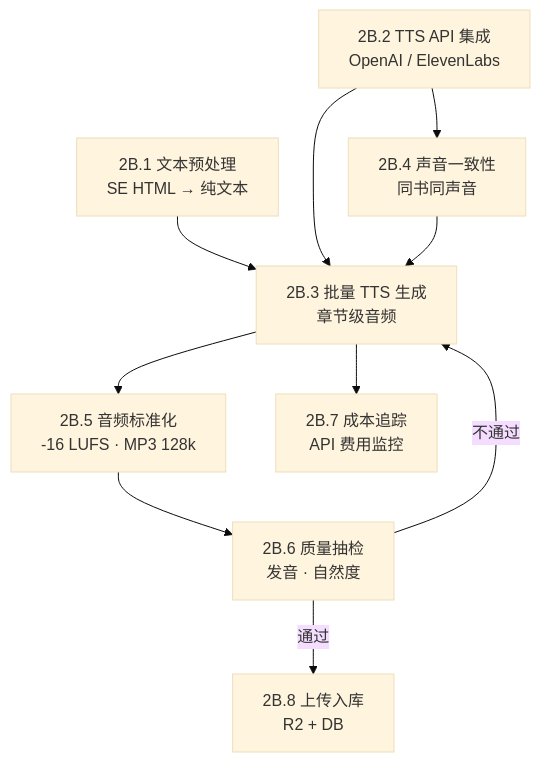
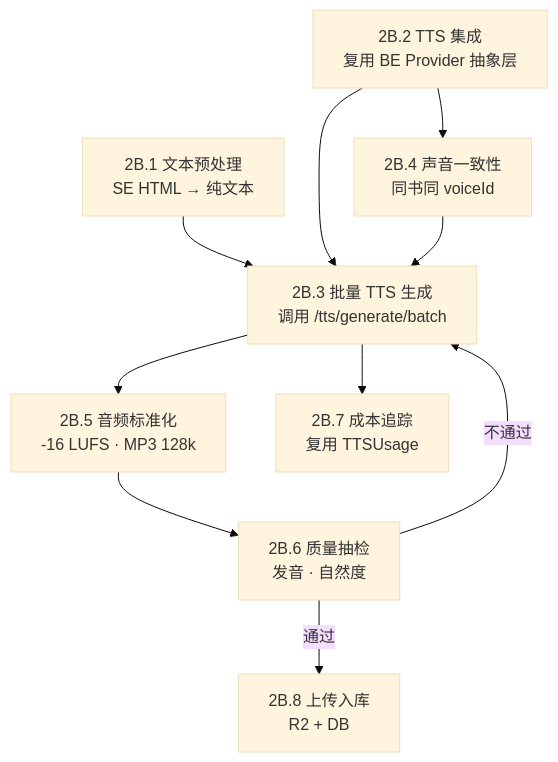
One commit to readmigo/docs changed the third of 5 diagrams in plans/2026-02-08-audio-lab-task-orchestration.md. Above: the diagram before and after it, drawn with Mermaid (base theme). The commit also changed other lines of this file and 7 other files, not shown here.

````diff
--- a/plans/2026-02-08-audio-lab-task-orchestration.md
+++ b/plans/2026-02-08-audio-lab-task-orchestration.md
@@ -226,21 +335,21 @@
 ```mermaid
 flowchart TD
     B1["2B.1 文本预处理<br>SE HTML → 纯文本"]
-    B2["2B.2 TTS API 集成<br>OpenAI / ElevenLabs"]
-    B3["2B.3 批量 TTS 生成<br>章节级音频"]
-    B4["2B.4 声音一致性<br>同书同声音"]
+    B2["2B.2 TTS 集成<br>复用 BE Provider 抽象层"]
+    B3["2B.3 批量 TTS 生成<br>调用 /tts/generate/batch"]
+    B4["2B.4 声音一致性<br>同书同 voiceId"]
     B5["2B.5 音频标准化<br>-16 LUFS · MP3 128k"]
     B6["2B.6 质量抽检<br>发音 · 自然度"]
-    B7["2B.7 成本追踪<br>API 费用监控"]
+    B7["2B.7 成本追踪<br>复用 TTSUsage"]
     B8["2B.8 上传入库<br>R2 + DB"]
 
     B1 --> B3
     B2 --> B3
     B2 --> B4
     B4 --> B3
     B3 --> B5
     B3 --> B7
     B5 --> B6
     B6 -->|通过| B8
     B6 -->|不通过| B3
 ```
````
